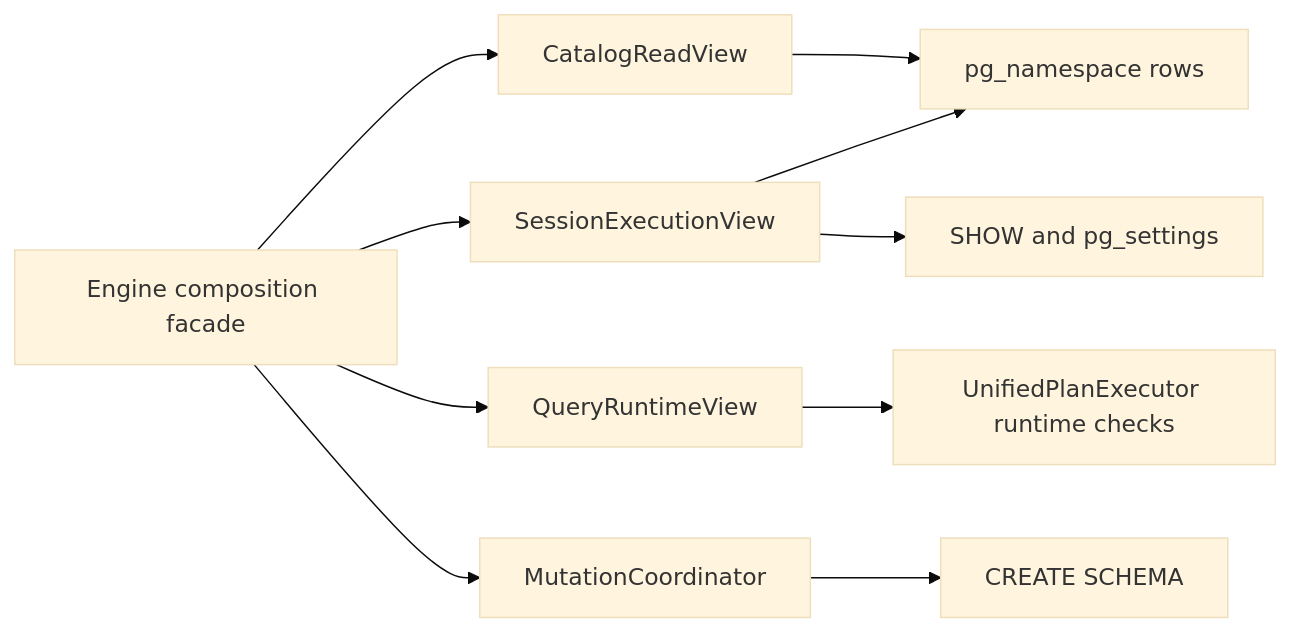
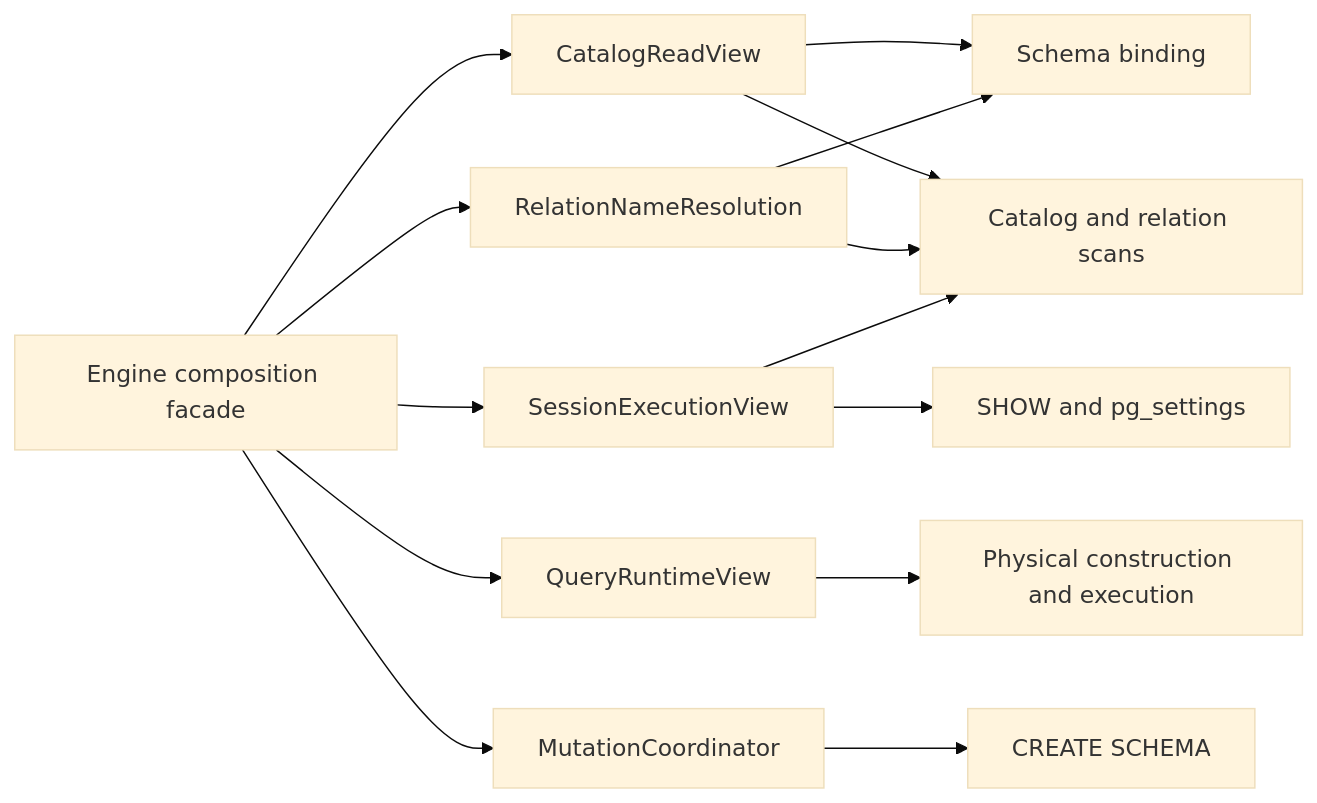
One commit to cognica-io/uqa-engine changed the second of 2 diagrams in docs/manual/internals/02-planning-and-execution.md. Above: the diagram before and after it, drawn with Mermaid (base theme). The commit also changed other lines of this file and 118 other files, not shown here.

````diff
--- a/docs/manual/internals/02-planning-and-execution.md
+++ b/docs/manual/internals/02-planning-and-execution.md
@@ -40,12 +40,16 @@
 ```mermaid
 flowchart LR
     Engine[Engine composition facade] --> Catalog[CatalogReadView]
+    Engine --> Resolution[RelationNameResolution]
     Engine --> Session[SessionExecutionView]
     Engine --> Runtime[QueryRuntimeView]
     Engine --> Mutation[MutationCoordinator]
-    Catalog --> Namespace[pg_namespace rows]
-    Session --> Namespace
+    Catalog --> Bind[Schema binding]
+    Resolution --> Bind
+    Catalog --> Scan[Catalog and relation scans]
+    Resolution --> Scan
+    Session --> Scan
     Session --> Settings[SHOW and pg_settings]
-    Runtime --> Execute[UnifiedPlanExecutor runtime checks]
+    Runtime --> Physical[Physical construction and execution]
     Mutation --> Schema[CREATE SCHEMA]
 ```
````
